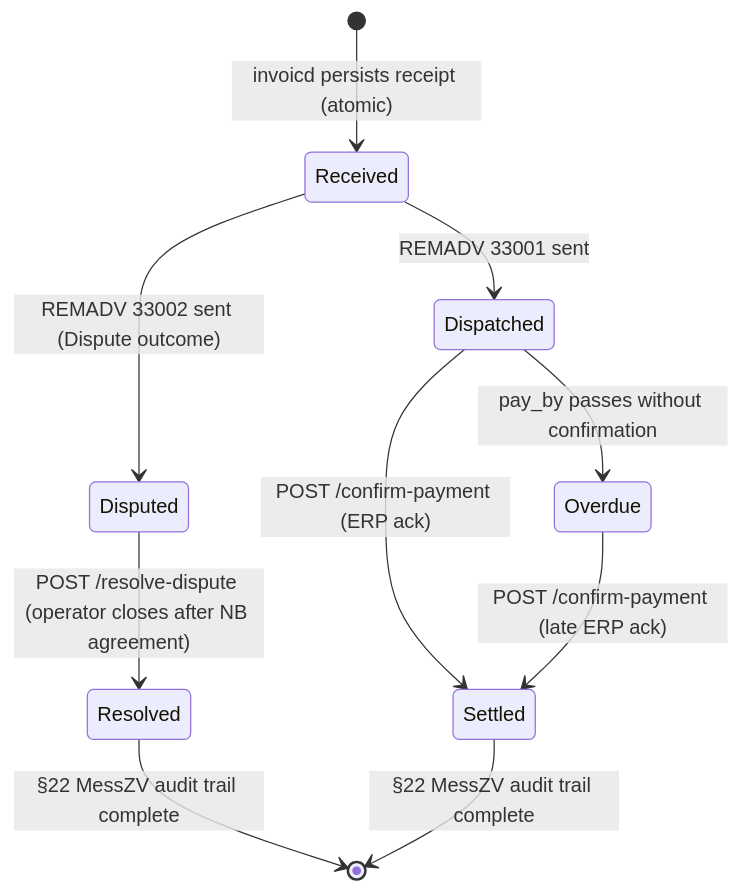
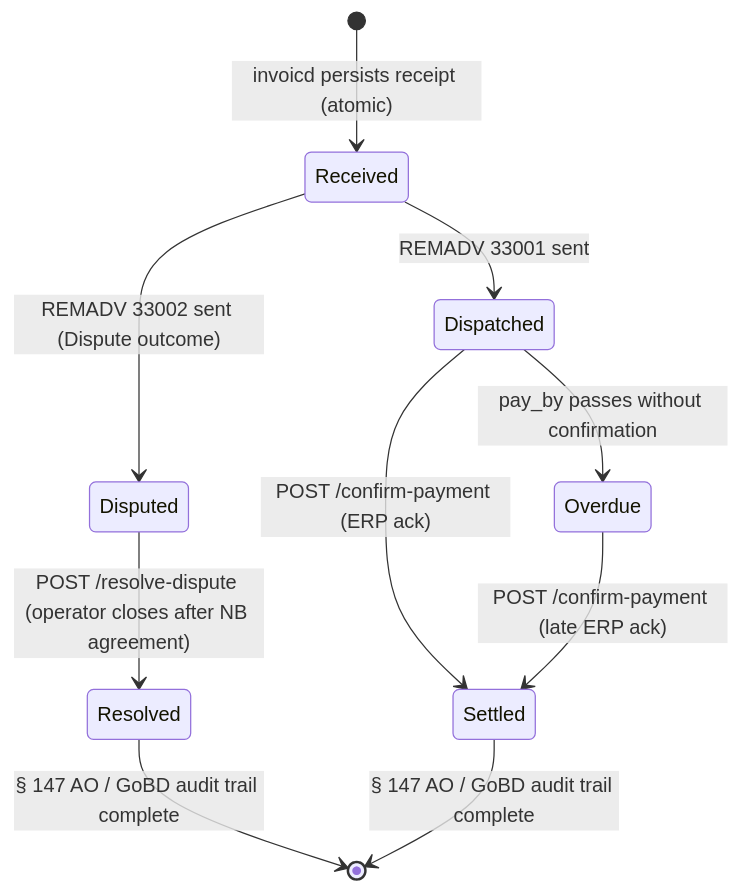
Before and after one commit to hupe1980/mako: the second of 2 diagrams in docs/invoicd.md, drawn with Mermaid. The commit also changed other lines of this file and 118 other files, not shown here.

````diff
--- a/docs/invoicd.md
+++ b/docs/invoicd.md
@@ -285,12 +285,12 @@
 ```mermaid
 stateDiagram-v2
     [*] --> Received : invoicd persists receipt (atomic)
     Received --> Dispatched : REMADV 33001 sent
     Received --> Disputed : REMADV 33002 sent (Dispute outcome)
     Dispatched --> Settled : POST /confirm-payment (ERP ack)
     Dispatched --> Overdue : pay_by passes without confirmation
     Overdue --> Settled : POST /confirm-payment (late ERP ack)
     Disputed --> Resolved : POST /resolve-dispute (operator closes after NB agreement)
-    Resolved --> [*] : §22 MessZV audit trail complete
-    Settled --> [*] : §22 MessZV audit trail complete
+    Resolved --> [*] : § 147 AO / GoBD audit trail complete
+    Settled --> [*] : § 147 AO / GoBD audit trail complete
 ```
````
